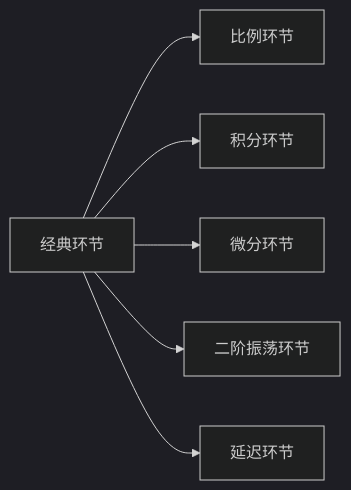
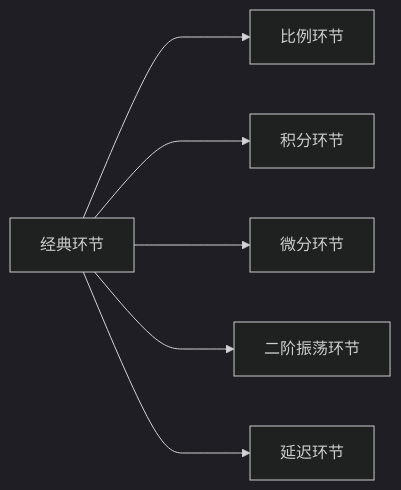
Before and after one commit to UNLINEARITY/Learn-Everything: the diagram in src/site/notes/经典环节的传递函数.md, drawn with Mermaid (dark theme). The commit also changed other lines of this file, not shown here.

````diff
--- a/src/site/notes/经典环节的传递函数.md
+++ b/src/site/notes/经典环节的传递函数.md
@@ -9,4 +12,4 @@
 ```mermaid
 graph LR
-经典环节 --> 比例环节 & 积分环节 & 1[微分环节] & 二阶振荡环节 & 延迟环节
+经典环节 ---> 比例环节 & 积分环节 & 1[微分环节] & 二阶振荡环节 & 延迟环节
 ```
````
